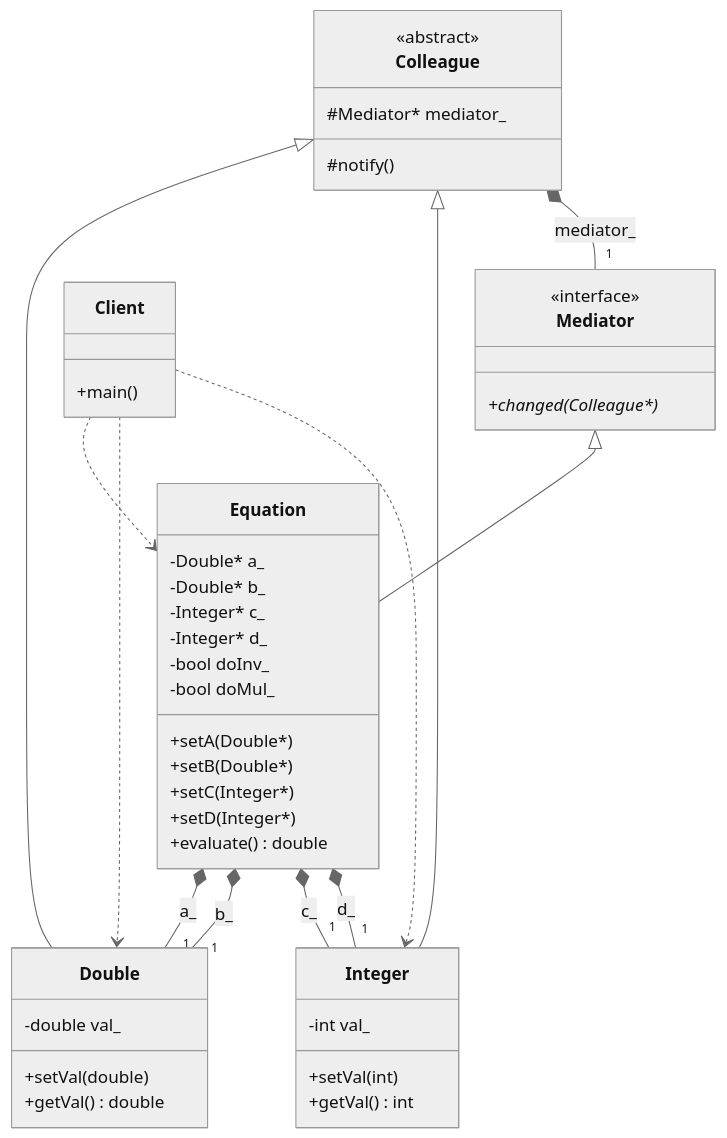
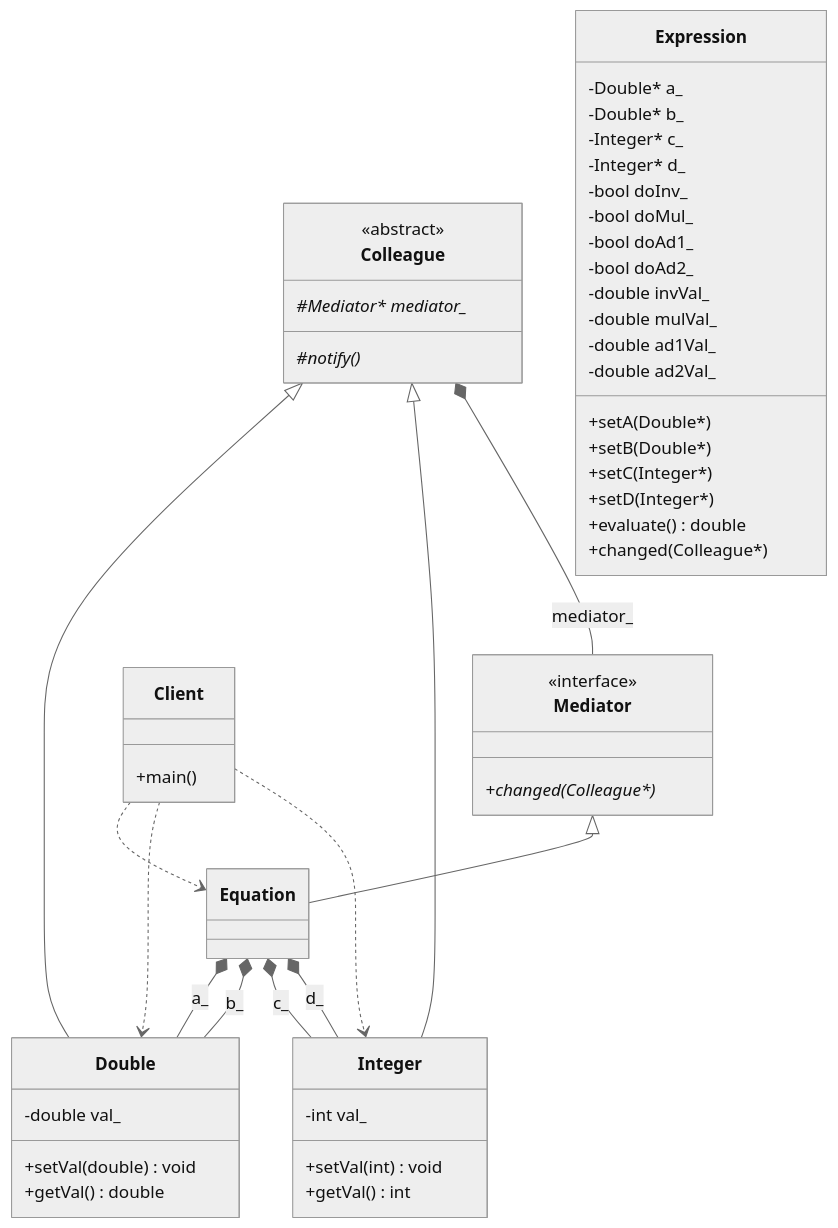
One commit to Cichlidfishexigency721/Modern-CPP-Design-Patterns changed the diagram in 22_Mediator/diagram.md. Above: the diagram before and after it, drawn with Mermaid (neutral theme). The commit also changed 1 other file, not shown here.

Commit message:
Improvement in printing

````diff
--- a/22_Mediator/diagram.md
+++ b/22_Mediator/diagram.md
@@ -3,61 +3,68 @@
 ```mermaid
 classDiagram
    class Mediator {
       <<interface>>
       +changed(Colleague*)*
    }
 
    class Colleague {
       <<abstract>>
-      #Mediator* mediator_
-      #notify()
+      #Mediator* mediator_*
+      #notify()*
    }
 
    class Double {
       -double val_
-      +setVal(double)
+      +setVal(double) void
       +getVal() double
    }
 
    class Integer {
       -int val_
-      +setVal(int)
+      +setVal(int) void
       +getVal() int
    }
 
-   class Equation {
+   class Expression {
       -Double* a_
       -Double* b_
       -Integer* c_
       -Integer* d_
       -bool doInv_
       -bool doMul_
+      -bool doAd1_
+      -bool doAd2_
+      -double invVal_
+      -double mulVal_
+      -double ad1Val_
+      -double ad2Val_
       +setA(Double*)
       +setB(Double*)
       +setC(Integer*)
       +setD(Integer*)
       +evaluate() double
+      +changed(Colleague*)
    }
 
    class Client {
       +main()
    }
 
    %% Inheritance (Is_a) - No numbers
    Mediator <|-- Equation
    Colleague <|-- Double
    Colleague <|-- Integer
 
    %% Bidirectional Relationship
    %% Composition (Has_a) - Multiplicity only at the end
-   Colleague *-- "1" Mediator : mediator_
-   Equation *-- "1" Double : a_
-   Equation *-- "1" Double : b_
-   Equation *-- "1" Integer : c_
-   Equation *-- "1" Integer : d_
+   Colleague *-- Mediator : mediator_
+   Equation *-- Double : a_
+   Equation *-- Double : b_
+   Equation *-- Integer : c_
+   Equation *-- Integer : d_
 
    %% Dependency - No numbers
    Client ..> Equation
    Client ..> Double
    Client ..> Integer
 ```
````
